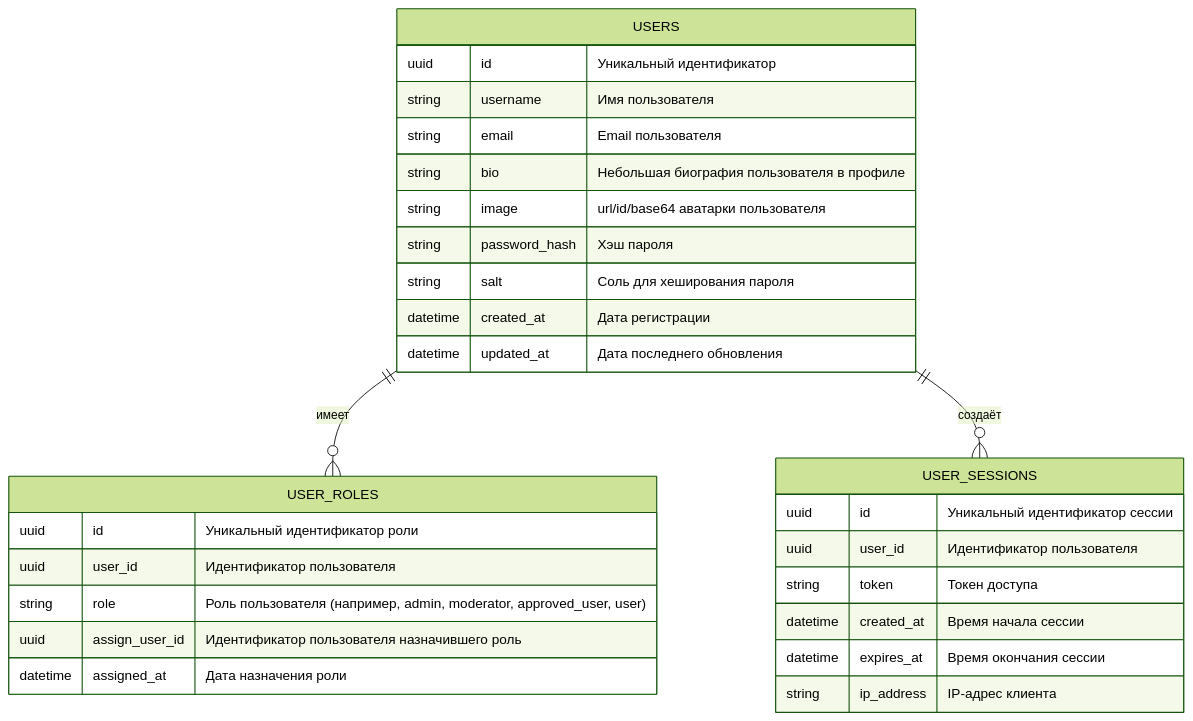
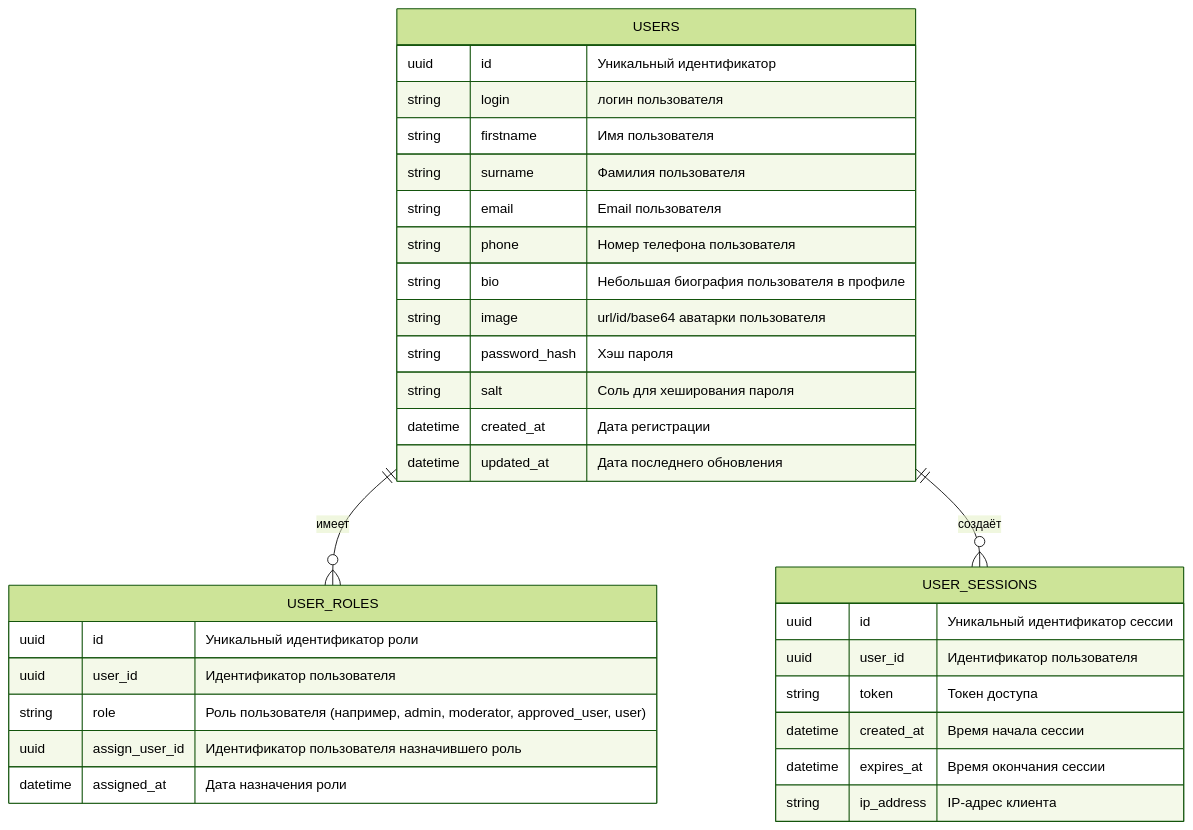
One commit to zahartd/social-network changed the diagram in docs/diagrams/er/user_service.mermaid. Above: the diagram before and after it, drawn with Mermaid (forest theme).

Commit message:
Update db scheme

```diff
--- a/docs/diagrams/er/user_service.mermaid
+++ b/docs/diagrams/er/user_service.mermaid
@@ -1,30 +1,33 @@
 erDiagram
     USERS {
         uuid id "Уникальный идентификатор"
-        string username "Имя пользователя"
+        string login "логин пользователя"
+        string firstname "Имя пользователя"
+        string surname "Фамилия пользователя"
         string email "Email пользователя"
+        string phone "Номер телефона пользователя"
         string bio "Небольшая биография пользователя в профиле"
         string image "url/id/base64 аватарки пользователя"
         string password_hash "Хэш пароля"
         string salt "Соль для хеширования пароля"
         datetime created_at "Дата регистрации"
         datetime updated_at "Дата последнего обновления"
     }
     USER_ROLES {
         uuid id "Уникальный идентификатор роли"
         uuid user_id "Идентификатор пользователя"
         string role "Роль пользователя (например, admin, moderator, approved_user, user)"
         uuid assign_user_id "Идентификатор пользователя назначившего роль"
         datetime assigned_at "Дата назначения роли"
     }
     USER_SESSIONS {
         uuid id "Уникальный идентификатор сессии"
         uuid user_id "Идентификатор пользователя"
         string token "Токен доступа"
         datetime created_at "Время начала сессии"
         datetime expires_at "Время окончания сессии"
         string ip_address "IP-адрес клиента"
     }
 
     USERS ||--o{ USER_ROLES : "имеет"
     USERS ||--o{ USER_SESSIONS : "создаёт"
```
